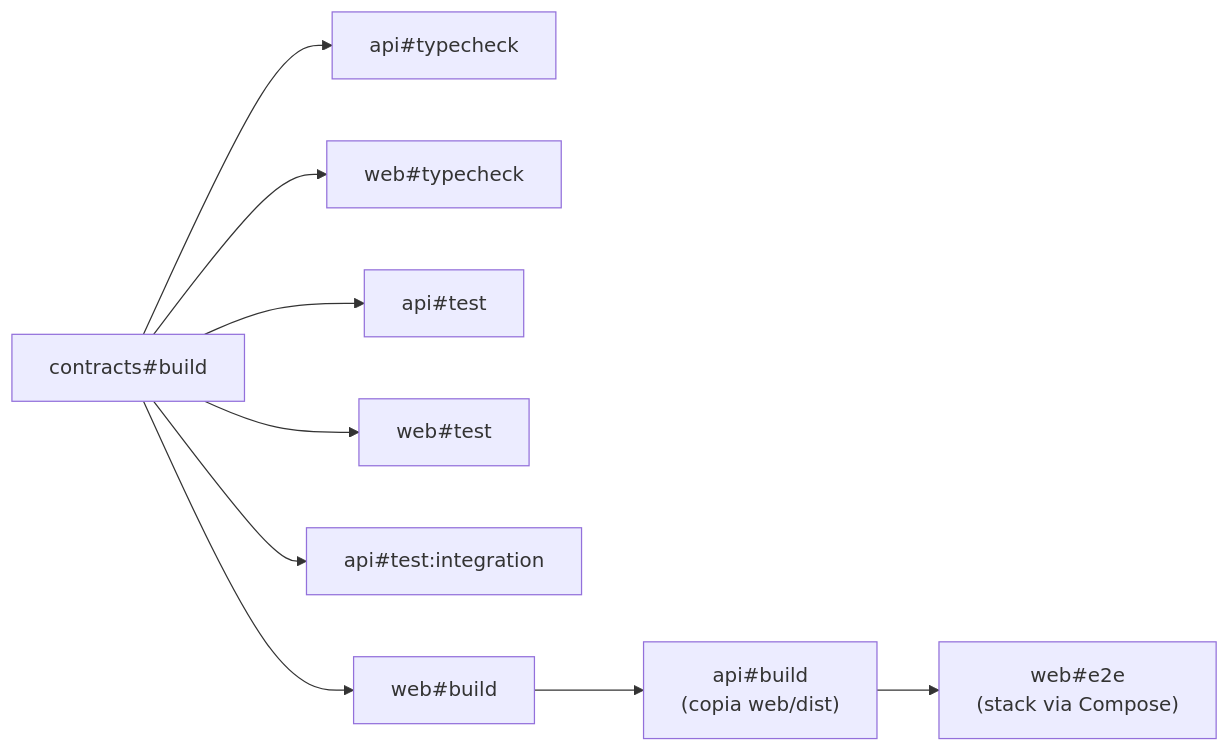
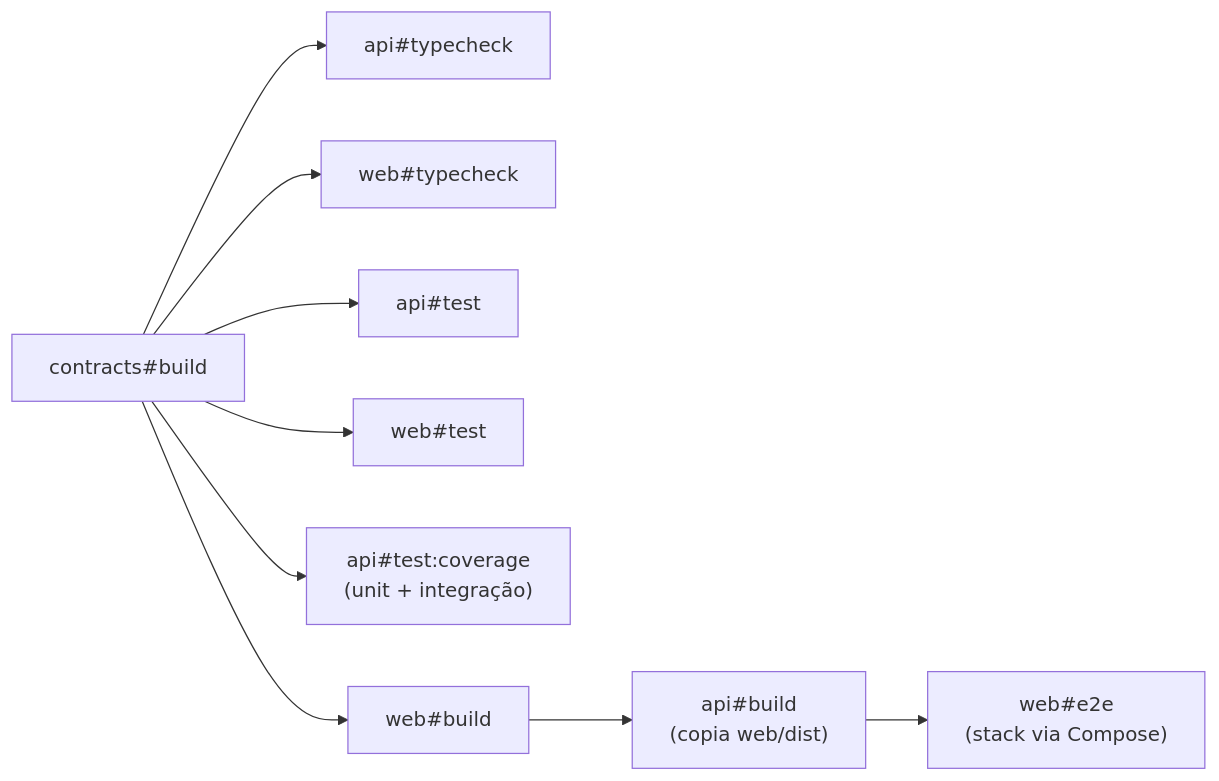
The diagram in docs/07-estrutura.md (JulianePires/unimed-contact-manager), drawn with Mermaid before and after one commit. The commit also changed other lines of this file and 55 other files, not shown here.

````diff
--- a/docs/07-estrutura.md
+++ b/docs/07-estrutura.md
@@ -87,9 +87,9 @@
 ```mermaid
 flowchart LR
   c_build["contracts#build"] --> api_tc["api#typecheck"] & web_tc["web#typecheck"]
   c_build --> api_test["api#test"] & web_test["web#test"]
-  c_build --> api_int["api#test:integration"]
+  c_build --> api_cov["api#test:coverage<br/>(unit + integração)"]
   c_build --> web_build["web#build"]
   web_build --> api_build["api#build<br/>(copia web/dist)"]
   api_build --> e2e["web#e2e<br/>(stack via Compose)"]
 ```
````
